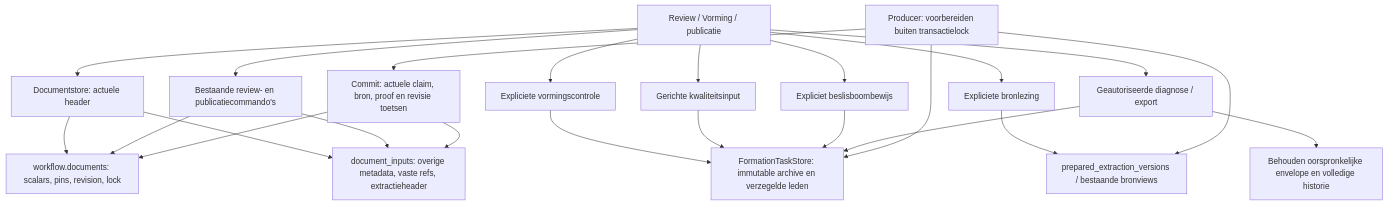
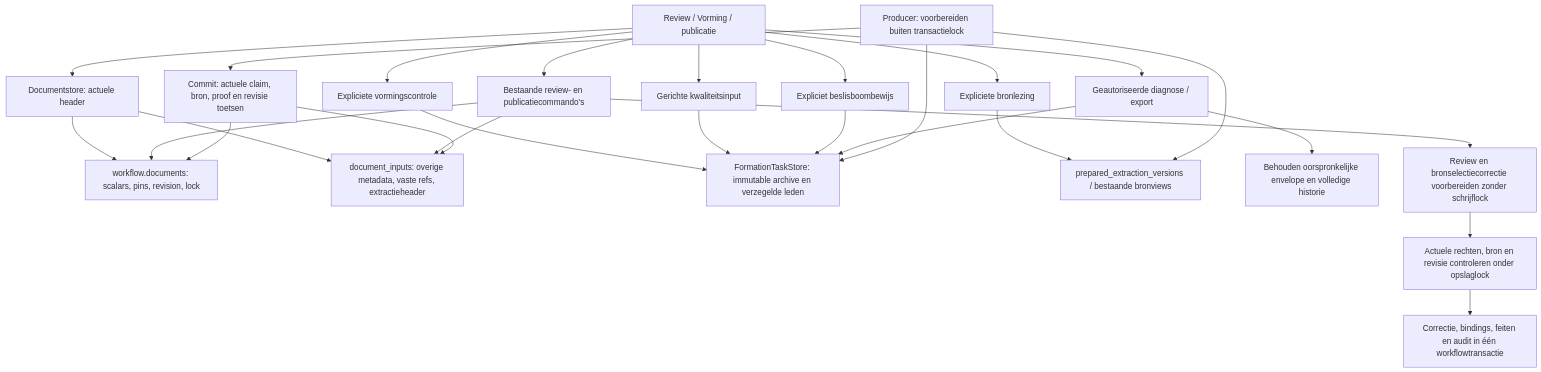
The diagram in docs/architecture/operational-document-inputs-950.md (WilliamGomes41/Metis-DS), drawn with Mermaid before and after one commit. The commit also changed 9 other files, not shown here.

Commit message:
perf(review): prepare complete source resolution before atomic commit (#729)

````diff
--- a/docs/architecture/operational-document-inputs-950.md
+++ b/docs/architecture/operational-document-inputs-950.md
@@ -7,25 +7,28 @@
 ```mermaid
 flowchart TD
     UI[Review / Vorming / publicatie] --> D[Documentstore: actuele header]
     D --> ROW[workflow.documents: scalars, pins, revision, lock]
     D --> INPUTS[document_inputs: overige metadata, vaste refs, extractieheader]
     UI --> F[Expliciete vormingscontrole]
     UI --> Q[Gerichte kwaliteitsinput]
     UI --> S[Expliciete bronlezing]
     UI --> T[Expliciet beslisboombewijs]
     UI --> H[Geautoriseerde diagnose / export]
     F --> OWNER[FormationTaskStore: immutable archive en verzegelde leden]
     Q --> OWNER
     T --> OWNER
     S --> SOURCE[prepared_extraction_versions / bestaande bronviews]
     H --> OWNER
     H --> ORIGINAL[Behouden oorspronkelijke envelope en volledige historie]
     UI --> CMD[Bestaande review- en publicatiecommando's]
+    CMD --> PREP[Review en bronselectiecorrectie voorbereiden zonder schrijflock]
+    PREP --> GUARD[Actuele rechten, bron en revisie controleren onder opslaglock]
+    GUARD --> COMMIT[Correctie, bindings, feiten en audit in één workflowtransactie]
     CMD --> ROW
     CMD --> INPUTS
     PRODUCER[Producer: voorbereiden buiten transactielock] --> OWNER
     PRODUCER --> SOURCE
     PRODUCER --> CAS[Commit: actuele claim, bron, proof en revisie toetsen]
     CAS --> ROW
     CAS --> INPUTS
 ```
````
